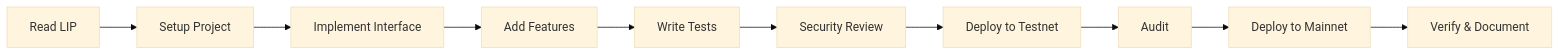
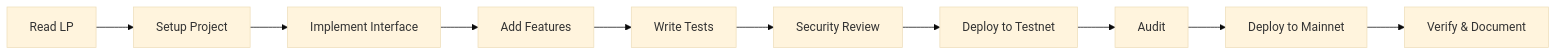
Before and after one commit to luxfi/lps: the diagram in docs/IMPLEMENTATION-GUIDE.md, drawn with Mermaid (base theme). The commit also changed other lines of this file and 101 other files, not shown here.

````diff
--- a/docs/IMPLEMENTATION-GUIDE.md
+++ b/docs/IMPLEMENTATION-GUIDE.md
@@ -559,12 +559,12 @@
 ```mermaid
 graph LR
-    A[Read LIP] --> B[Setup Project]
+    A[Read LP] --> B[Setup Project]
     B --> C[Implement Interface]
     C --> D[Add Features]
     D --> E[Write Tests]
     E --> F[Security Review]
     F --> G[Deploy to Testnet]
     G --> H[Audit]
     H --> I[Deploy to Mainnet]
     I --> J[Verify & Document]
 ```
````
